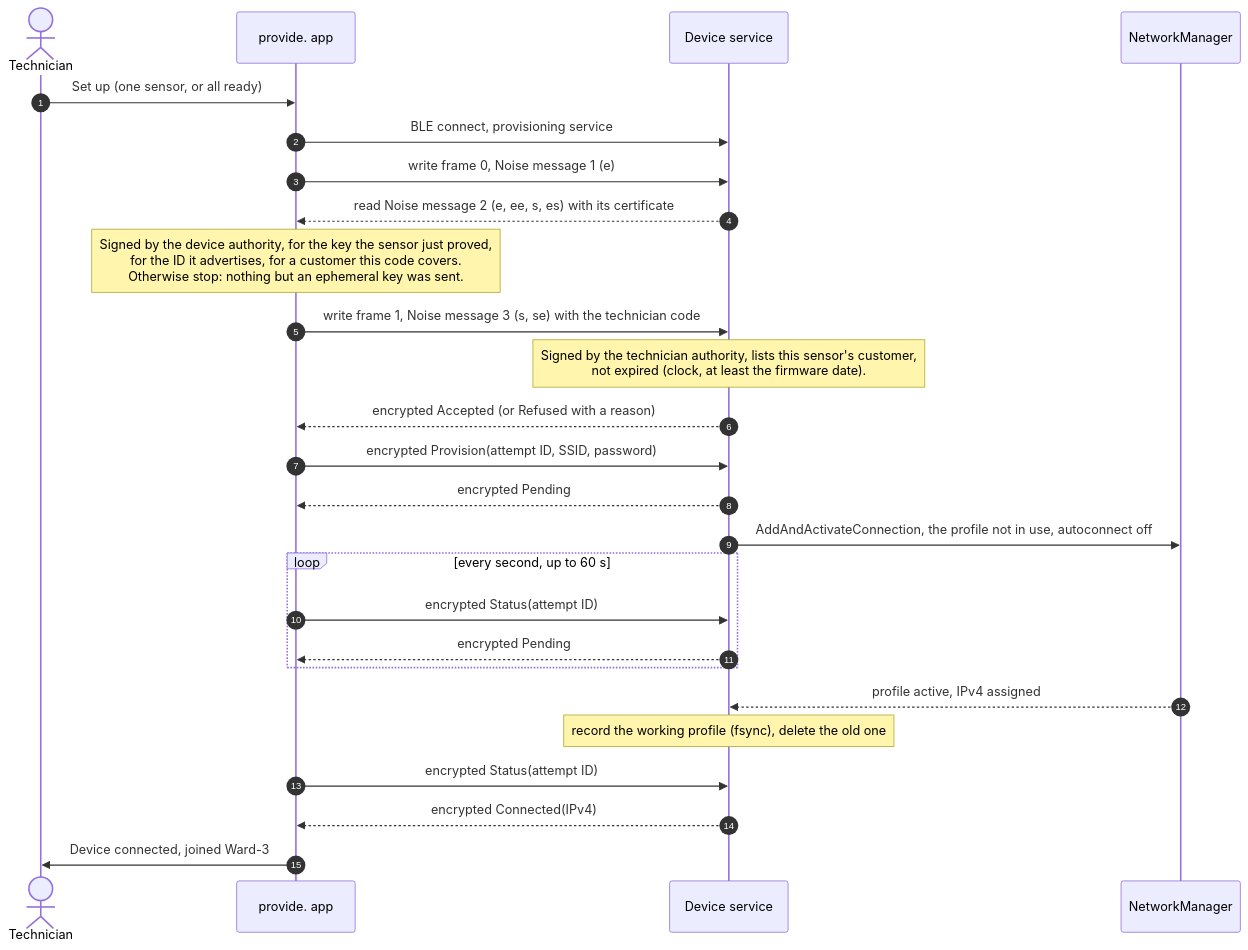
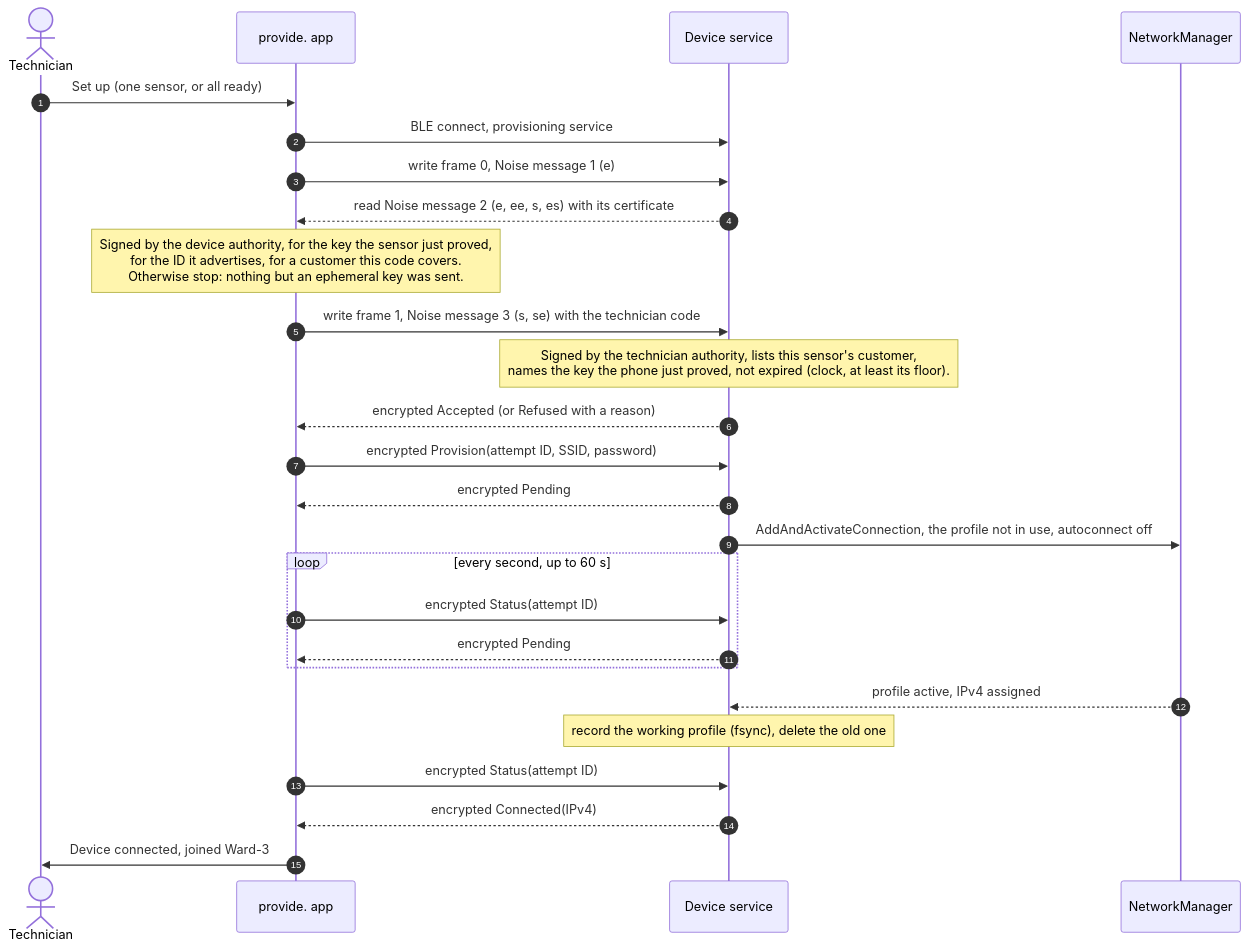
The second of 5 diagrams in docs/ARCHITECTURE.md (NoeBrt/Teton-Provide), drawn with Mermaid before and after one commit. The commit also changed other lines of this file and 31 other files, not shown here.

````diff
--- a/docs/ARCHITECTURE.md
+++ b/docs/ARCHITECTURE.md
@@ -84,28 +86,28 @@
 ```mermaid
 sequenceDiagram
     autonumber
     actor T as Technician
     participant P as provide. app
     participant D as Device service
     participant N as NetworkManager
     T->>P: Set up (one sensor, or all ready)
     P->>D: BLE connect, provisioning service
     P->>D: write frame 0, Noise message 1 (e)
     D-->>P: read Noise message 2 (e, ee, s, es) with its certificate
     Note over P: Signed by the device authority, for the key the sensor just proved,<br/>for the ID it advertises, for a customer this code covers.<br/>Otherwise stop: nothing but an ephemeral key was sent.
     P->>D: write frame 1, Noise message 3 (s, se) with the technician code
-    Note over D: Signed by the technician authority, lists this sensor's customer,<br/>not expired (clock, at least the firmware date).
+    Note over D: Signed by the technician authority, lists this sensor's customer,<br/>names the key the phone just proved, not expired (clock, at least its floor).
     D-->>P: encrypted Accepted (or Refused with a reason)
     P->>D: encrypted Provision(attempt ID, SSID, password)
     D-->>P: encrypted Pending
     D->>N: AddAndActivateConnection, the profile not in use, autoconnect off
     loop every second, up to 60 s
         P->>D: encrypted Status(attempt ID)
         D-->>P: encrypted Pending
     end
     N-->>D: profile active, IPv4 assigned
     Note over D: record the working profile (fsync), delete the old one
     P->>D: encrypted Status(attempt ID)
     D-->>P: encrypted Connected(IPv4)
     P->>T: Device connected, joined Ward-3
 ```
````
